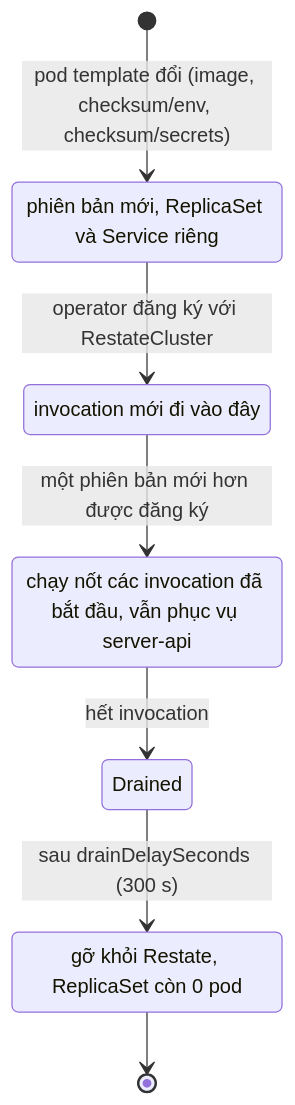
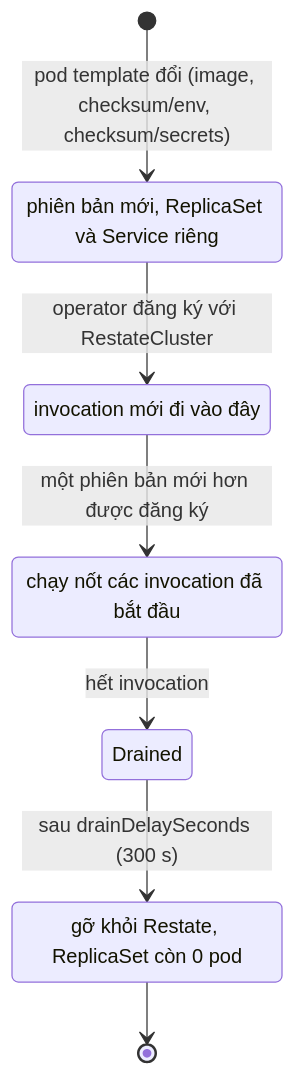
Before and after one commit to shopnexus/docs: the third of 3 diagrams in web/src/content/docs/vi/operations/cluster/data.mdx, drawn with Mermaid. The commit also changed other lines of this file and 105 other files, not shown here.

````diff
--- a/web/src/content/docs/vi/operations/cluster/data.mdx
+++ b/web/src/content/docs/vi/operations/cluster/data.mdx
@@ -154,13 +154,13 @@
 ```mermaid title="Một lần phát hành server dưới restate-operator"
 stateDiagram-v2
   [*] --> Latest: pod template đổi (image, checksum/env, checksum/secrets)
   Latest: phiên bản mới, ReplicaSet và Service riêng
   Latest --> Registered: operator đăng ký với RestateCluster
   Registered: invocation mới đi vào đây
   Registered --> Draining: một phiên bản mới hơn được đăng ký
-  Draining: chạy nốt các invocation đã bắt đầu, vẫn phục vụ server-api
+  Draining: chạy nốt các invocation đã bắt đầu
   Draining --> Drained: hết invocation
   Drained --> ScaledToZero: sau drainDelaySeconds (300 s)
   ScaledToZero: gỡ khỏi Restate, ReplicaSet còn 0 pod
   ScaledToZero --> [*]
 ```
````
